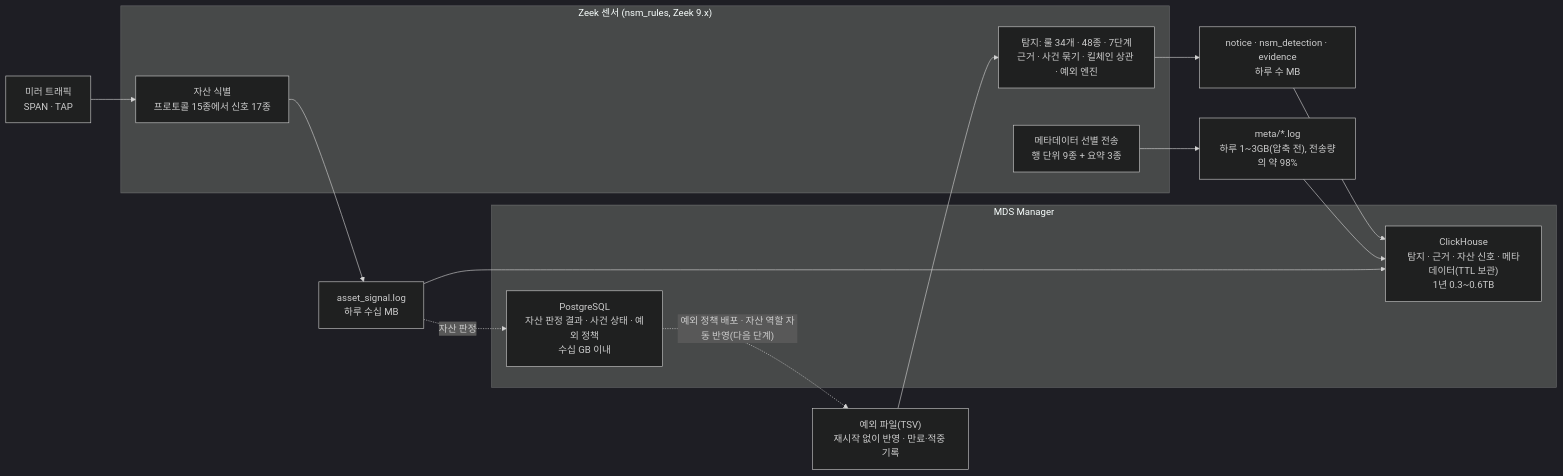
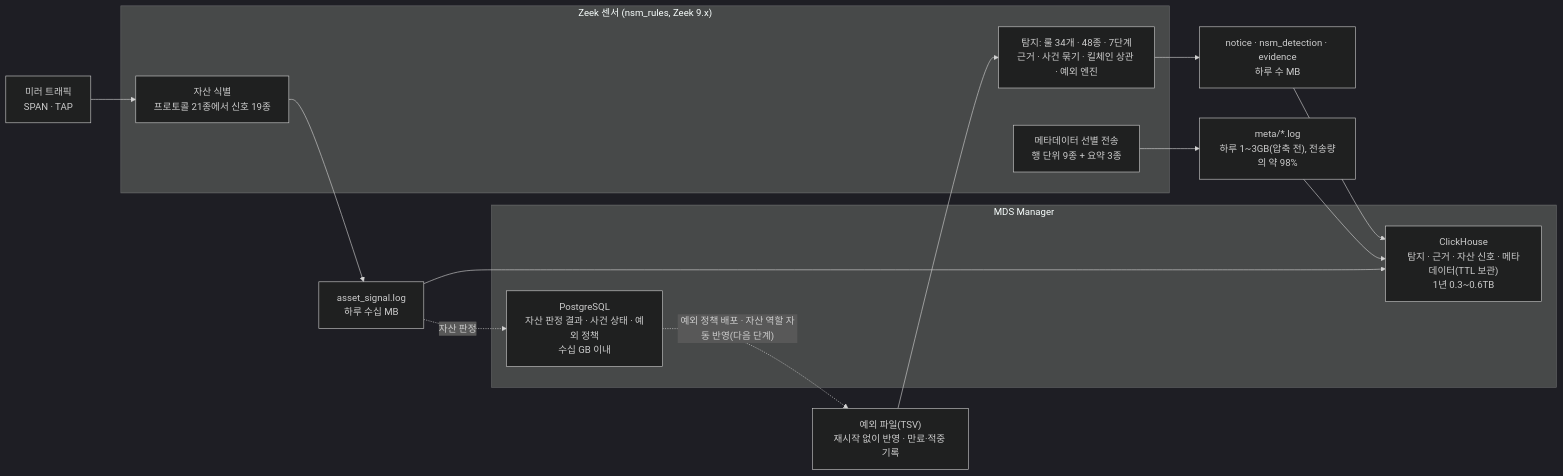
Before and after one commit to kwsjjang8901-ship-it/nsm: the diagram in docs/POC_RESULT.md, drawn with Mermaid (dark theme). The commit also changed other lines of this file and 9 other files, not shown here.

````diff
--- a/docs/POC_RESULT.md
+++ b/docs/POC_RESULT.md
@@ -23,22 +23,22 @@
 ```mermaid
 flowchart LR
     X["예외 파일(TSV)<br/>재시작 없이 반영 · 만료·적중 기록"] --> D
     T["미러 트래픽<br/>SPAN · TAP"] --> A
     subgraph S["Zeek 센서 (nsm_rules, Zeek 9.x)"]
         D["탐지: 룰 34개 · 48종 · 7단계<br/>근거 · 사건 묶기 · 킬체인 상관 · 예외 엔진"]
-        A["자산 식별<br/>프로토콜 15종에서 신호 17종"]
+        A["자산 식별<br/>프로토콜 21종에서 신호 19종"]
         M["메타데이터 선별 전송<br/>행 단위 9종 + 요약 3종"]
     end
     D --> LD["notice · nsm_detection · evidence<br/>하루 수 MB"]
     A --> LA["asset_signal.log<br/>하루 수십 MB"]
     M --> LM["meta/*.log<br/>하루 1~3GB(압축 전), 전송량의 약 98%"]
     subgraph MGR["MDS Manager"]
         PG["PostgreSQL<br/>자산 판정 결과 · 사건 상태 · 예외 정책<br/>수십 GB 이내"]
         CH["ClickHouse<br/>탐지 · 근거 · 자산 신호 · 메타데이터(TTL 보관)<br/>1년 0.3~0.6TB"]
     end
     LD --> CH
     LA --> CH
     LM --> CH
     LA -.->|"자산 판정"| PG
     PG -.->|"예외 정책 배포 · 자산 역할 자동 반영(다음 단계)"| X
 ```
````
